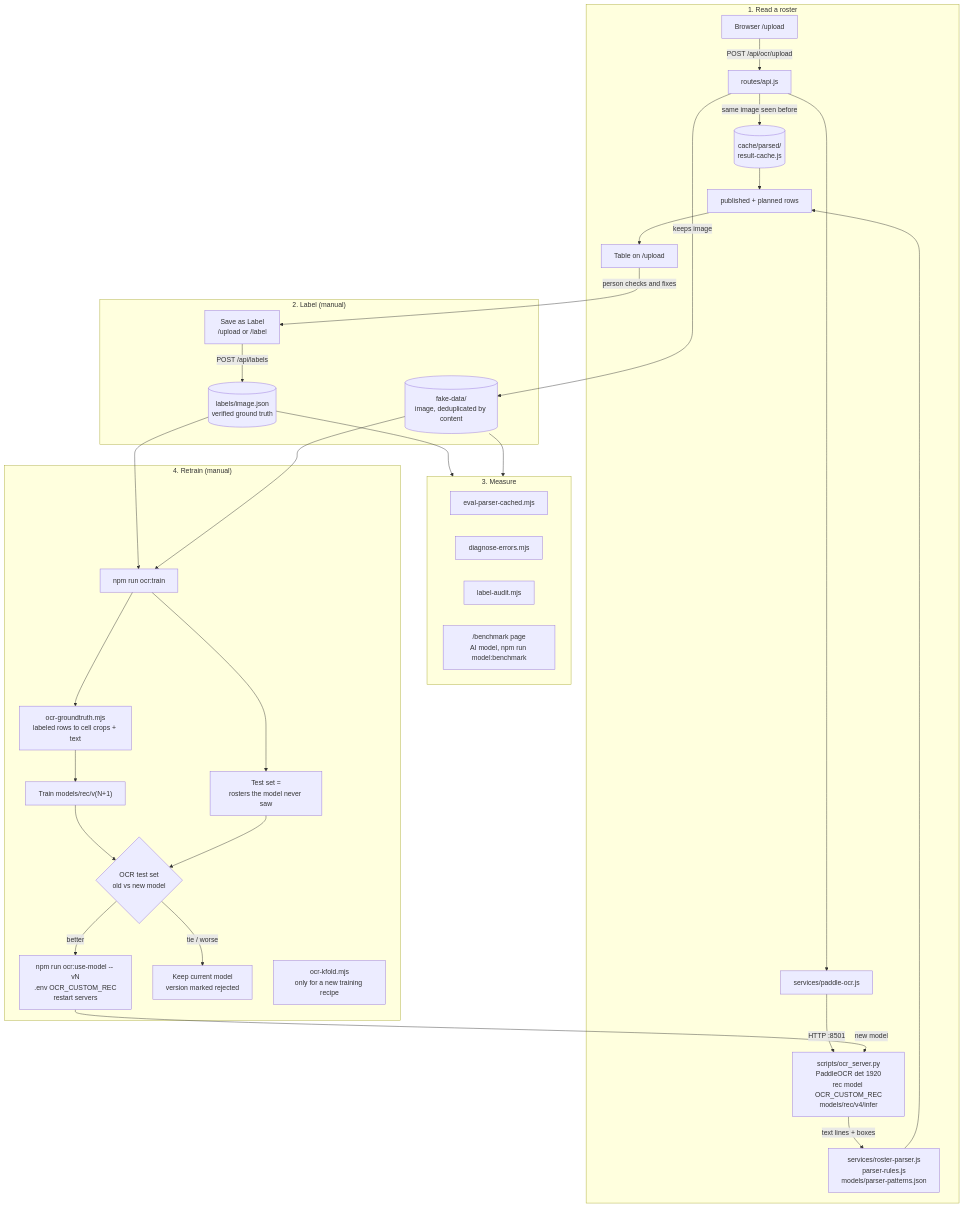
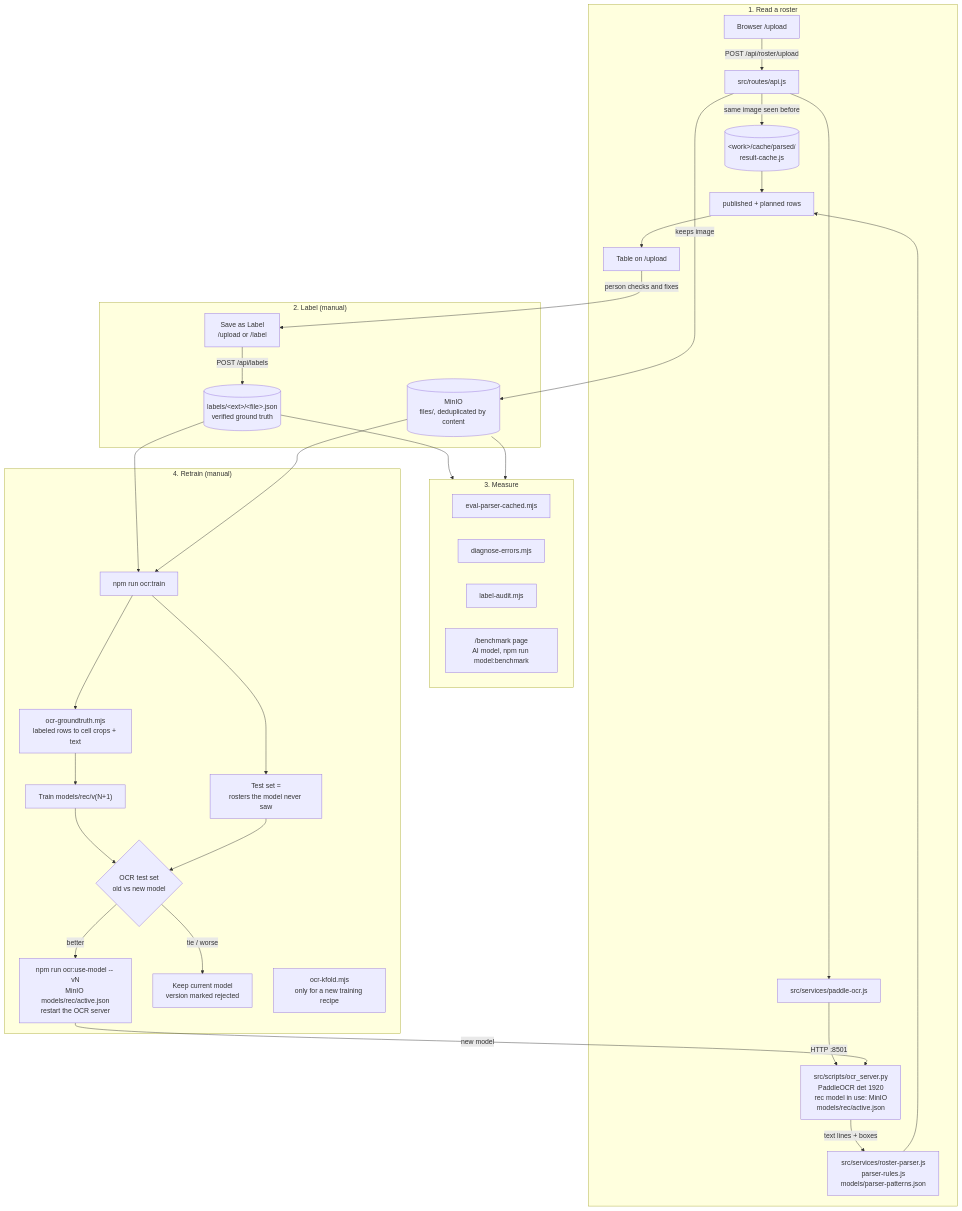
Before and after one commit to thuannd17/node-ocr: the diagram in README.md, drawn with Mermaid. The commit also changed other lines of this file and 167 other files, not shown here.

Commit message:
feat: add requirements files for app and OCR server, update import paths in tests

````diff
--- a/README.md
+++ b/README.md
@@ -16,44 +16,44 @@
 ```mermaid
 flowchart TD
     subgraph READ["1. Read a roster"]
-        U["Browser /upload"] -->|"POST /api/ocr/upload"| API["routes/api.js"]
-        API -->|"same image seen before"| PC[("cache/parsed/<br/>result-cache.js")]
-        API --> PO["services/paddle-ocr.js"]
-        PO -->|"HTTP :8501"| OS["scripts/ocr_server.py<br/>PaddleOCR det 1920<br/>rec model OCR_CUSTOM_REC<br/>models/rec/v4/infer"]
-        OS -->|"text lines + boxes"| RP["services/roster-parser.js<br/>parser-rules.js<br/>models/parser-patterns.json"]
+        U["Browser /upload"] -->|"POST /api/roster/upload"| API["src/routes/api.js"]
+        API -->|"same image seen before"| PC[("&lt;work&gt;/cache/parsed/<br/>result-cache.js")]
+        API --> PO["src/services/paddle-ocr.js"]
+        PO -->|"HTTP :8501"| OS["src/scripts/ocr_server.py<br/>PaddleOCR det 1920<br/>rec model in use: MinIO<br/>models/rec/active.json"]
+        OS -->|"text lines + boxes"| RP["src/services/roster-parser.js<br/>parser-rules.js<br/>models/parser-patterns.json"]
         RP --> OUT["published + planned rows"]
         PC --> OUT
         OUT --> T["Table on /upload"]
     end
 
     subgraph LABEL["2. Label (manual)"]
-        FD[("fake-data/<br/>image, deduplicated by content")]
-        SL["Save as Label<br/>/upload or /label"] -->|"POST /api/labels"| LB[("labels/image.json<br/>verified ground truth")]
+        FD[("MinIO<br/>files/, deduplicated by content")]
+        SL["Save as Label<br/>/upload or /label"] -->|"POST /api/labels"| LB[("labels/&lt;ext&gt;/&lt;file&gt;.json<br/>verified ground truth")]
     end
 
     subgraph MEASURE["3. Measure"]
         EP["eval-parser-cached.mjs"]
         DE["diagnose-errors.mjs"]
         AL["label-audit.mjs"]
         BP["/benchmark page<br/>AI model, npm run model:benchmark"]
     end
 
     subgraph RETRAIN["4. Retrain (manual)"]
         RC["npm run ocr:train"] --> TS["Test set =<br/>rosters the model never saw"]
         RC --> GT["ocr-groundtruth.mjs<br/>labeled rows to cell crops + text"]
         GT --> TR["Train models/rec/v(N+1)"]
         TR --> CMP{"OCR test set<br/>old vs new model"}
         TS --> CMP
-        CMP -->|"better"| UM["npm run ocr:use-model -- vN<br/>.env OCR_CUSTOM_REC<br/>restart servers"]
+        CMP -->|"better"| UM["npm run ocr:use-model -- vN<br/>MinIO models/rec/active.json<br/>restart the OCR server"]
         CMP -->|"tie / worse"| KEEP["Keep current model<br/>version marked rejected"]
         KF["ocr-kfold.mjs<br/>only for a new training recipe"]
     end
 
     API -->|"keeps image"| FD
     T -->|"person checks and fixes"| SL
     LB --> MEASURE
     FD --> MEASURE
     LB --> RC
     FD --> RC
     UM -->|"new model"| OS
 ```
````
